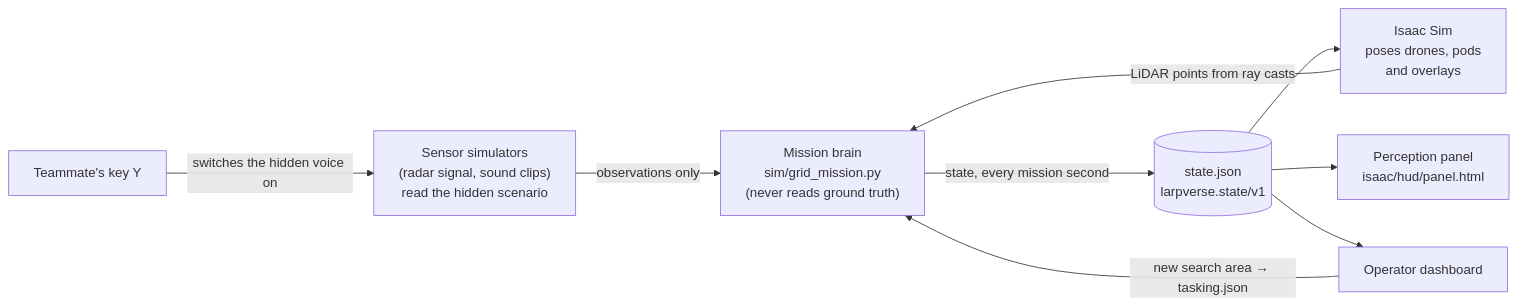
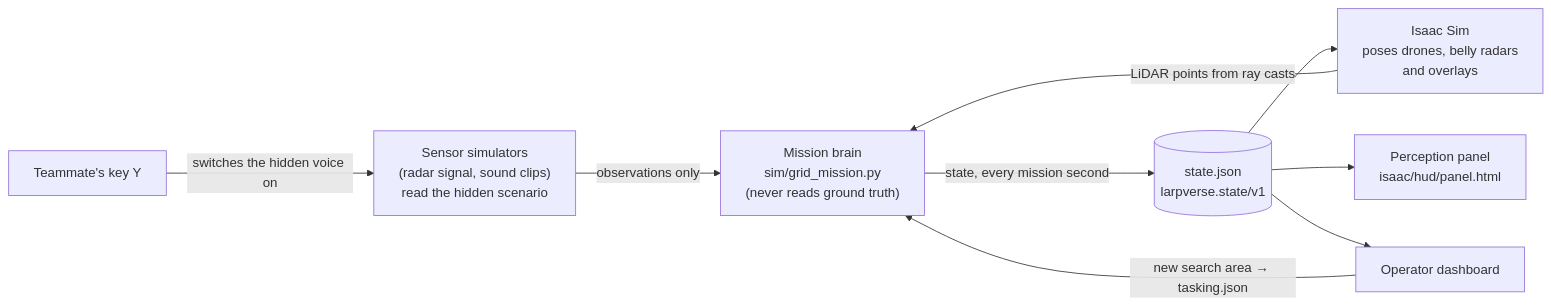
Before and after one commit to rohansharmacode/skysearch: the second of 2 diagrams in larpverse/docs/SIMULATION_EXPLAINED.md, drawn with Mermaid. The commit also changed other lines of this file and 37 other files, not shown here.

````diff
--- a/larpverse/docs/SIMULATION_EXPLAINED.md
+++ b/larpverse/docs/SIMULATION_EXPLAINED.md
@@ -251,11 +251,11 @@
 ```mermaid
 flowchart LR
     BRAIN["Mission brain<br/>sim/grid_mission.py<br/>(never reads ground truth)"] -- "state, every mission second" --> STATE[("state.json<br/>larpverse.state/v1")]
-    STATE --> ISAAC["Isaac Sim<br/>poses drones, pods<br/>and overlays"]
+    STATE --> ISAAC["Isaac Sim<br/>poses drones, belly radars<br/>and overlays"]
     STATE --> PANEL["Perception panel<br/>isaac/hud/panel.html"]
     STATE --> DASH["Operator dashboard"]
     ISAAC -- "LiDAR points from ray casts" --> BRAIN
     DASH -- "new search area → tasking.json" --> BRAIN
     KEY["Teammate's key Y"] -- "switches the hidden voice on" --> SIMS
     SIMS["Sensor simulators<br/>(radar signal, sound clips)<br/>read the hidden scenario"] -- "observations only" --> BRAIN
 ```
````
